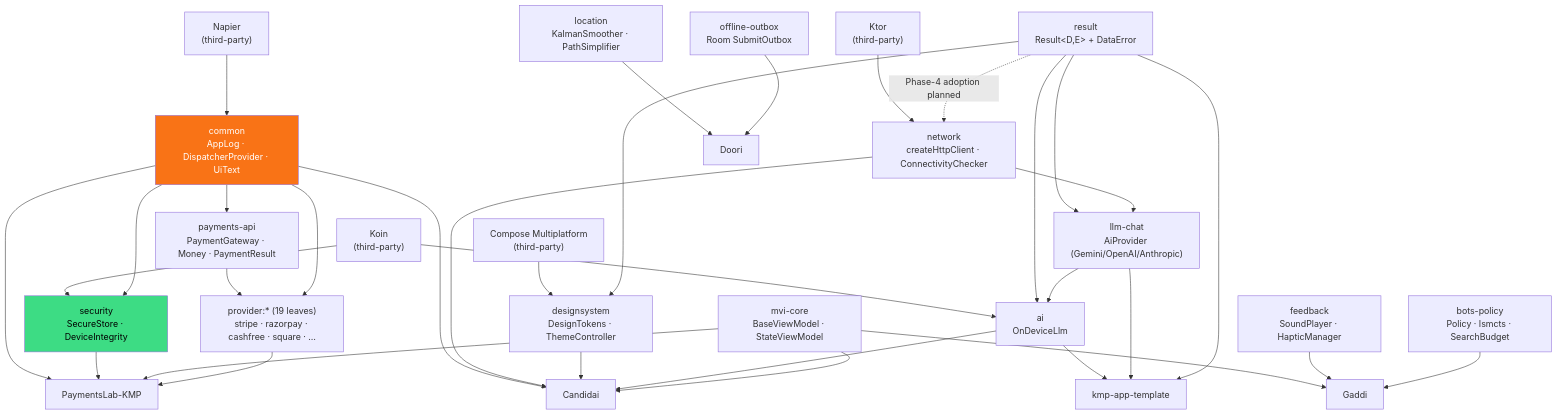
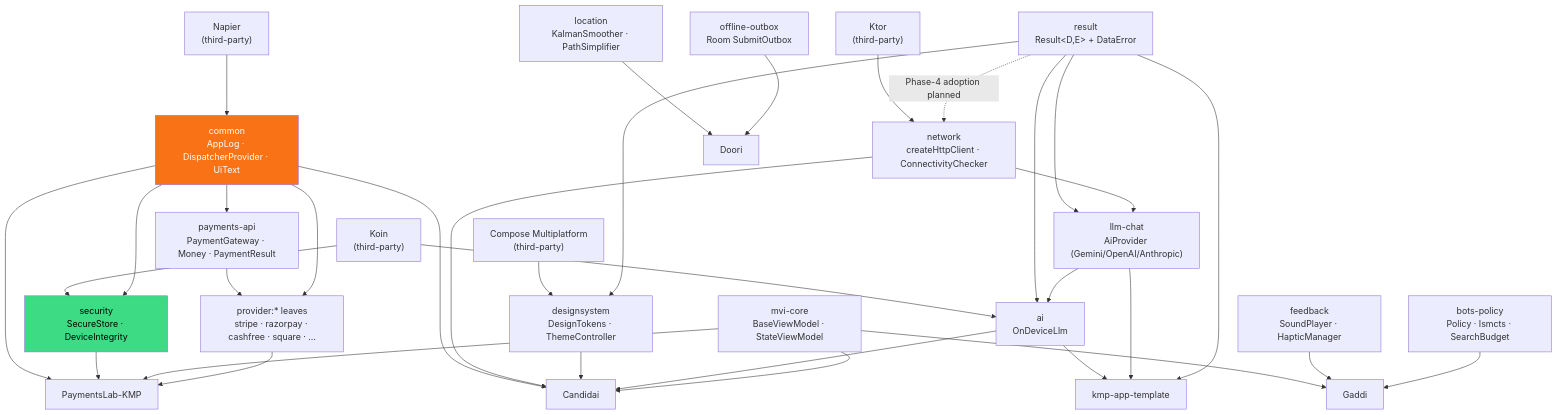
The second of 3 diagrams in README.md (darkpandawarrior/kmp-toolkit), drawn with Mermaid before and after one commit. The commit also changed other lines of this file and 1 other file, not shown here.

````diff
--- a/README.md
+++ b/README.md
@@ -245,64 +247,64 @@
 ```mermaid
 graph TD
     NAPIER["Napier<br/>(third-party)"]
     KTOR["Ktor<br/>(third-party)"]
     KOIN["Koin<br/>(third-party)"]
     CMP["Compose Multiplatform<br/>(third-party)"]
 
     RESULT["result<br/>Result&lt;D,E&gt; + DataError"]
     COMMON["common<br/>AppLog · DispatcherProvider · UiText"]
     MVI["mvi-core<br/>BaseViewModel · StateViewModel"]
     NETWORK["network<br/>createHttpClient · ConnectivityChecker"]
     SECURITY["security<br/>SecureStore · DeviceIntegrity"]
     DESIGNSYSTEM["designsystem<br/>DesignTokens · ThemeController"]
     AI["ai<br/>OnDeviceLlm"]
     FEEDBACK["feedback<br/>SoundPlayer · HapticManager"]
     LOCATION["location<br/>KalmanSmoother · PathSimplifier"]
     LLMCHAT["llm-chat<br/>AiProvider (Gemini/OpenAI/Anthropic)"]
     PAYMENTSAPI["payments-api<br/>PaymentGateway · Money · PaymentResult"]
-    PROVIDERS["provider:* (19 leaves)<br/>stripe · razorpay · cashfree · square · …"]
+    PROVIDERS["provider:* leaves<br/>stripe · razorpay · cashfree · square · …"]
     OUTBOX["offline-outbox<br/>Room SubmitOutbox"]
     BOTS["bots-policy<br/>Policy · Ismcts · SearchBudget"]
 
     NAPIER --> COMMON
     KTOR --> NETWORK
     KOIN --> AI
     KOIN --> SECURITY
     CMP --> DESIGNSYSTEM
 
     COMMON --> SECURITY
     RESULT -.->|"Phase-4 adoption planned"| NETWORK
     RESULT --> AI
     RESULT --> LLMCHAT
     RESULT --> DESIGNSYSTEM
     NETWORK --> LLMCHAT
     LLMCHAT --> AI
     COMMON --> PAYMENTSAPI
     PAYMENTSAPI --> PROVIDERS
     COMMON --> PROVIDERS
 
     COMMON --> HIRESIGNAL["Candidai"]
     NETWORK --> HIRESIGNAL
     DESIGNSYSTEM --> HIRESIGNAL
     AI --> HIRESIGNAL
     MVI --> HIRESIGNAL
 
     COMMON --> PAYMENTSLAB["PaymentsLab-KMP"]
     SECURITY --> PAYMENTSLAB
     MVI --> PAYMENTSLAB
     PROVIDERS --> PAYMENTSLAB
 
     LOCATION --> MILEWAY["Doori"]
     OUTBOX --> MILEWAY
 
     MVI --> KURSI["Gaddi"]
     FEEDBACK --> KURSI
     BOTS --> KURSI
 
     AI --> APPTEMPLATE["kmp-app-template"]
     LLMCHAT --> APPTEMPLATE
     RESULT --> APPTEMPLATE
 
     style SECURITY fill:#3DDC84,color:#000
     style COMMON fill:#F97316,color:#fff
 ```
````
